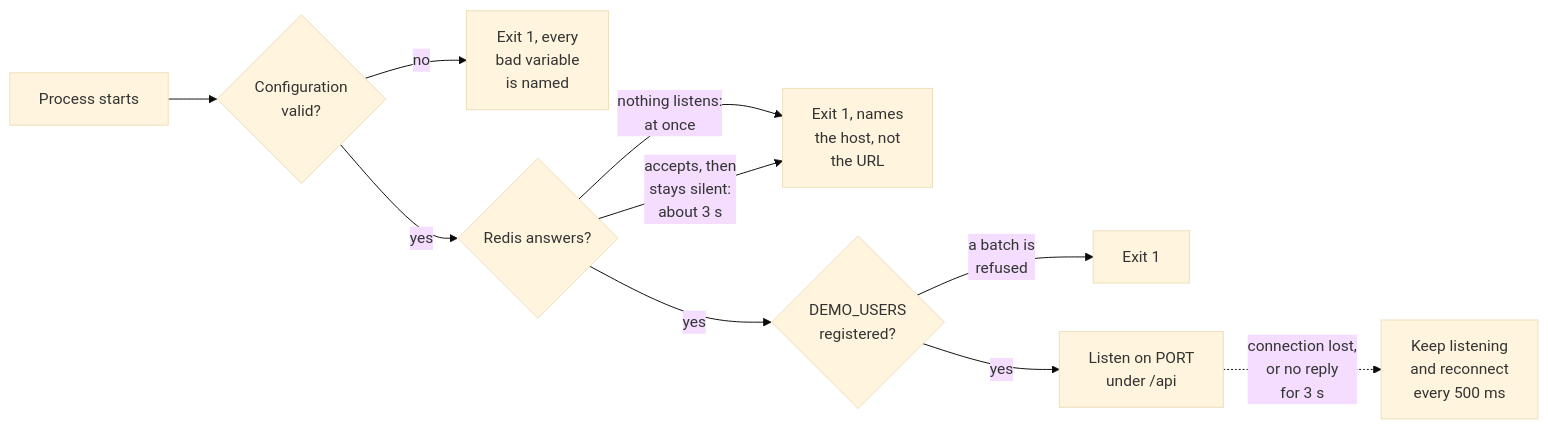
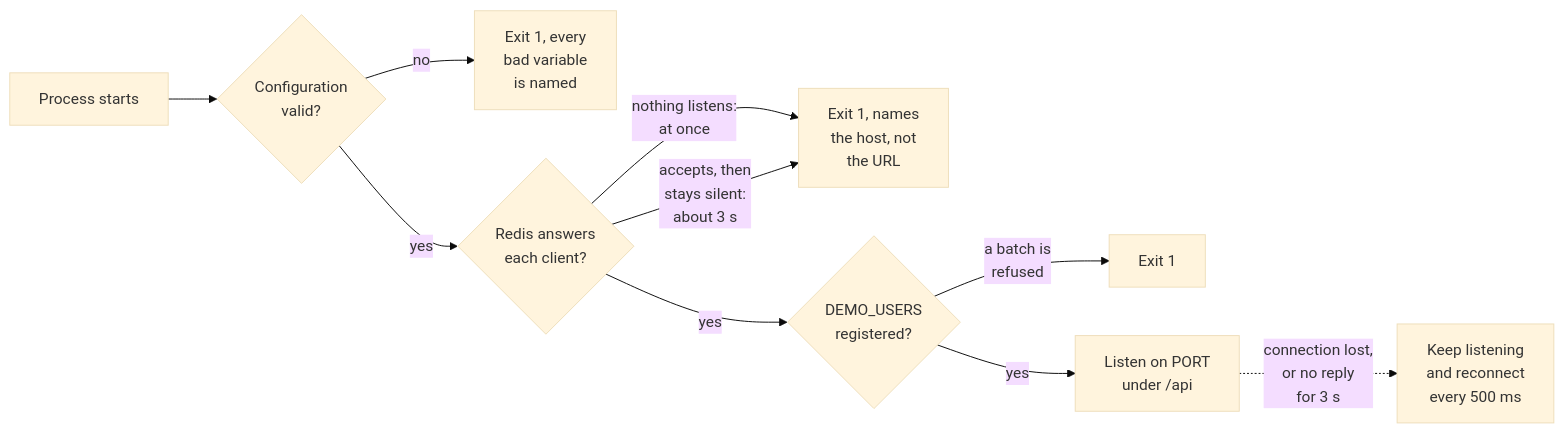
The diagram in docs/specs/platform.md (M4xP4s/bouncer-dashboard), drawn with Mermaid (base theme) before and after one commit. The commit also changed other lines of this file and 10 other files, not shown here.

````diff
--- a/docs/specs/platform.md
+++ b/docs/specs/platform.md
@@ -100,12 +94,12 @@
 ```mermaid
 flowchart LR
     Start["Process starts"] --> Config{"Configuration<br/>valid?"}
     Config -->|no| BadConfig["Exit 1, every<br/>bad variable<br/>is named"]
-    Config -->|yes| Redis{"Redis answers?"}
+    Config -->|yes| Redis{"Redis answers<br/>each client?"}
     Redis -->|"nothing listens:<br/>at once"| NoRedis["Exit 1, names<br/>the host, not<br/>the URL"]
     Redis -->|"accepts, then<br/>stays silent:<br/>about 3 s"| NoRedis
     Redis -->|yes| Register{"DEMO_USERS<br/>registered?"}
     Register -->|"a batch is<br/>refused"| Refused["Exit 1"]
     Register -->|yes| Listen["Listen on PORT<br/>under /api"]
     Listen -.->|"connection lost,<br/>or no reply<br/>for 3 s"| Retry["Keep listening<br/>and reconnect<br/>every 500 ms"]
 ```
````
